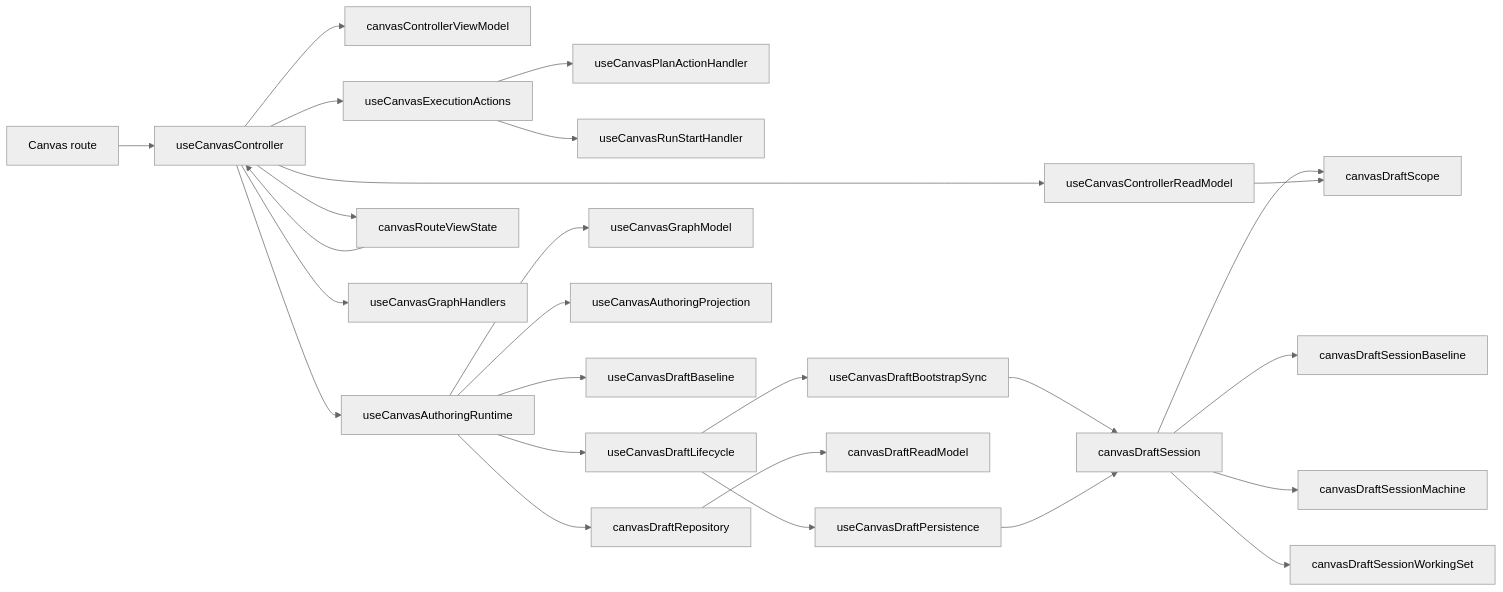
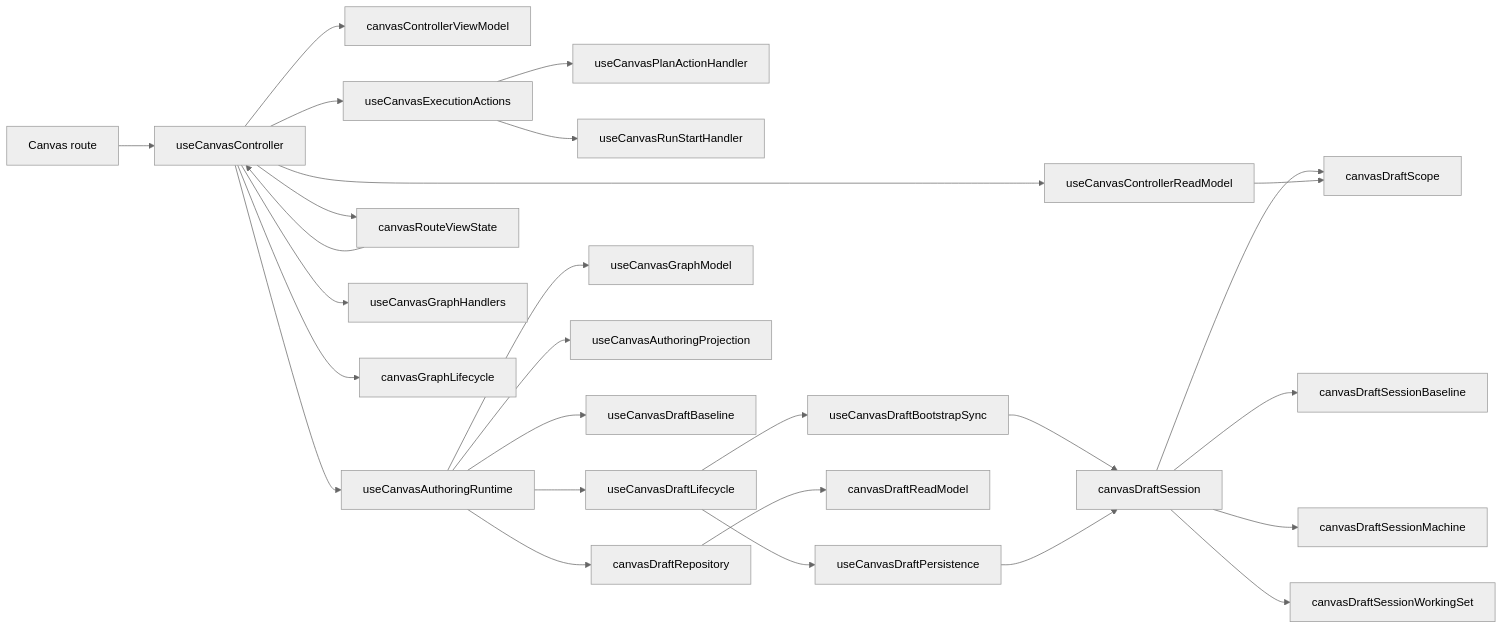
Before and after one commit to dunay2/dvt: the first of 3 diagrams in docs/architecture/components/web/graph/canvas-controller-current-to-target-architecture.md, drawn with Mermaid (neutral theme). The commit also changed other lines of this file and 48 other files, not shown here.

Commit message:
refactor(web): Hard-cut canvas graph lifecycle and handler contracts

````diff
--- a/docs/architecture/components/web/graph/canvas-controller-current-to-target-architecture.md
+++ b/docs/architecture/components/web/graph/canvas-controller-current-to-target-architecture.md
@@ -69,33 +69,34 @@
 ```mermaid
 flowchart LR
   Route["Canvas route"] --> Controller["useCanvasController"]
   Controller --> ViewModel["canvasControllerViewModel"]
   Controller --> ReadModel["useCanvasControllerReadModel"]
   Controller --> Runtime["useCanvasAuthoringRuntime"]
   Controller --> Execution["useCanvasExecutionActions"]
   Controller --> RouteState["canvasRouteViewState"]
   Controller --> GraphHandlers["useCanvasGraphHandlers"]
+  Controller --> GraphLifecycle["canvasGraphLifecycle"]
 
   Execution --> PlanHandler["useCanvasPlanActionHandler"]
   Execution --> RunHandler["useCanvasRunStartHandler"]
 
   Runtime --> Lifecycle["useCanvasDraftLifecycle"]
   Runtime --> GraphModel["useCanvasGraphModel"]
   Runtime --> Projection["useCanvasAuthoringProjection"]
   Runtime --> Baseline["useCanvasDraftBaseline"]
   Runtime --> Repository["canvasDraftRepository"]
 
   Lifecycle --> Bootstrap["useCanvasDraftBootstrapSync"]
   Lifecycle --> Persistence["useCanvasDraftPersistence"]
   Bootstrap --> Session["canvasDraftSession"]
   Persistence --> Session
 
   Session --> SessionBaseline["canvasDraftSessionBaseline"]
   Session --> SessionMachine["canvasDraftSessionMachine"]
   Session --> SessionWorkingSet["canvasDraftSessionWorkingSet"]
   Session --> Scope["canvasDraftScope"]
 
   Repository --> DraftReadModel["canvasDraftReadModel"]
   ReadModel --> Scope
   RouteState --> Controller
 ```
````
